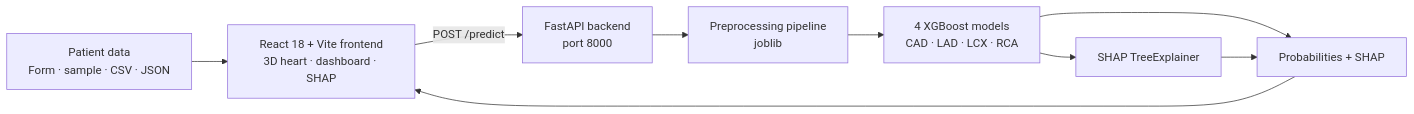
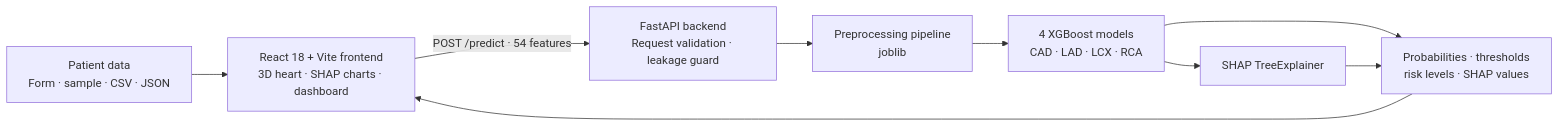
The diagram in README.md (Abishek-kk/AortaVision-3D), drawn with Mermaid before and after one commit. The commit also changed other lines of this file, not shown here.

````diff
--- a/README.md
+++ b/README.md
@@ -47,18 +101,18 @@
 ```mermaid
 flowchart LR
     patient["Patient data<br/>Form · sample · CSV · JSON"]
-    frontend["React 18 + Vite frontend<br/>3D heart · dashboard · SHAP"]
-    api["FastAPI backend<br/>port 8000"]
+    frontend["React 18 + Vite frontend<br/>3D heart · SHAP charts · dashboard"]
+    api["FastAPI backend<br/>Request validation · leakage guard"]
     preprocess["Preprocessing pipeline<br/>joblib"]
     models["4 XGBoost models<br/>CAD · LAD · LCX · RCA"]
     shap["SHAP TreeExplainer"]
-    result["Probabilities + SHAP"]
+    result["Probabilities · thresholds<br/>risk levels · SHAP values"]
 
     patient --> frontend
-    frontend -->|"POST /predict"| api
+    frontend -->|"POST /predict · 54 features"| api
     api --> preprocess --> models
     models --> shap
     models --> result
     shap --> result
     result --> frontend
 ```
````
